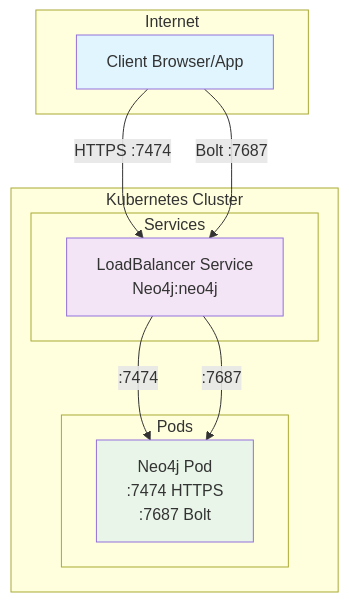
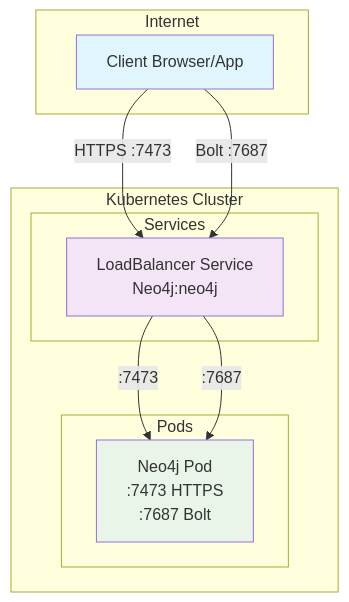
One commit to chboudry/neo4j-kubernetes changed the first of 4 diagrams in readme.md. Above: the diagram before and after it, drawn with Mermaid. The commit also changed other lines of this file and 38 other files, not shown here.

Commit message:
remove helm charts

````diff
--- a/readme.md
+++ b/readme.md
@@ -18,25 +19,25 @@
 ```mermaid
 graph TB
     subgraph "Internet"
         Client[Client Browser/App]
     end
     
     subgraph "Kubernetes Cluster"
         subgraph "Services"
             LB[LoadBalancer Service<br/>Neo4j:neo4j]
         end
         
         subgraph "Pods"
-            Neo4j[Neo4j Pod<br/>:7474 HTTPS<br/>:7687 Bolt]
+            Neo4j[Neo4j Pod<br/>:7473 HTTPS<br/>:7687 Bolt]
         end
     end
     
-    Client -->|HTTPS :7474| LB
+    Client -->|HTTPS :7473| LB
     Client -->|Bolt :7687| LB
-    LB -->|:7474| Neo4j
+    LB -->|:7473| Neo4j
     LB -->|:7687| Neo4j
     
     style Client fill:#e1f5fe
     style LB fill:#f3e5f5
     style Neo4j fill:#e8f5e8
 ```
````
